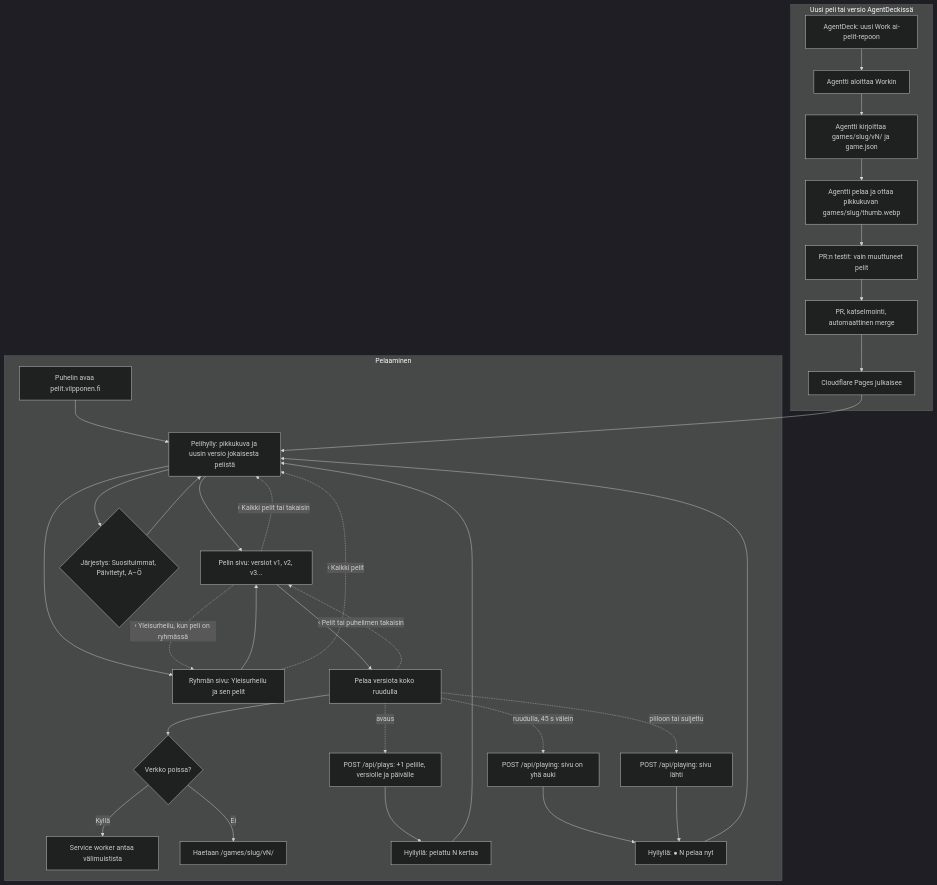
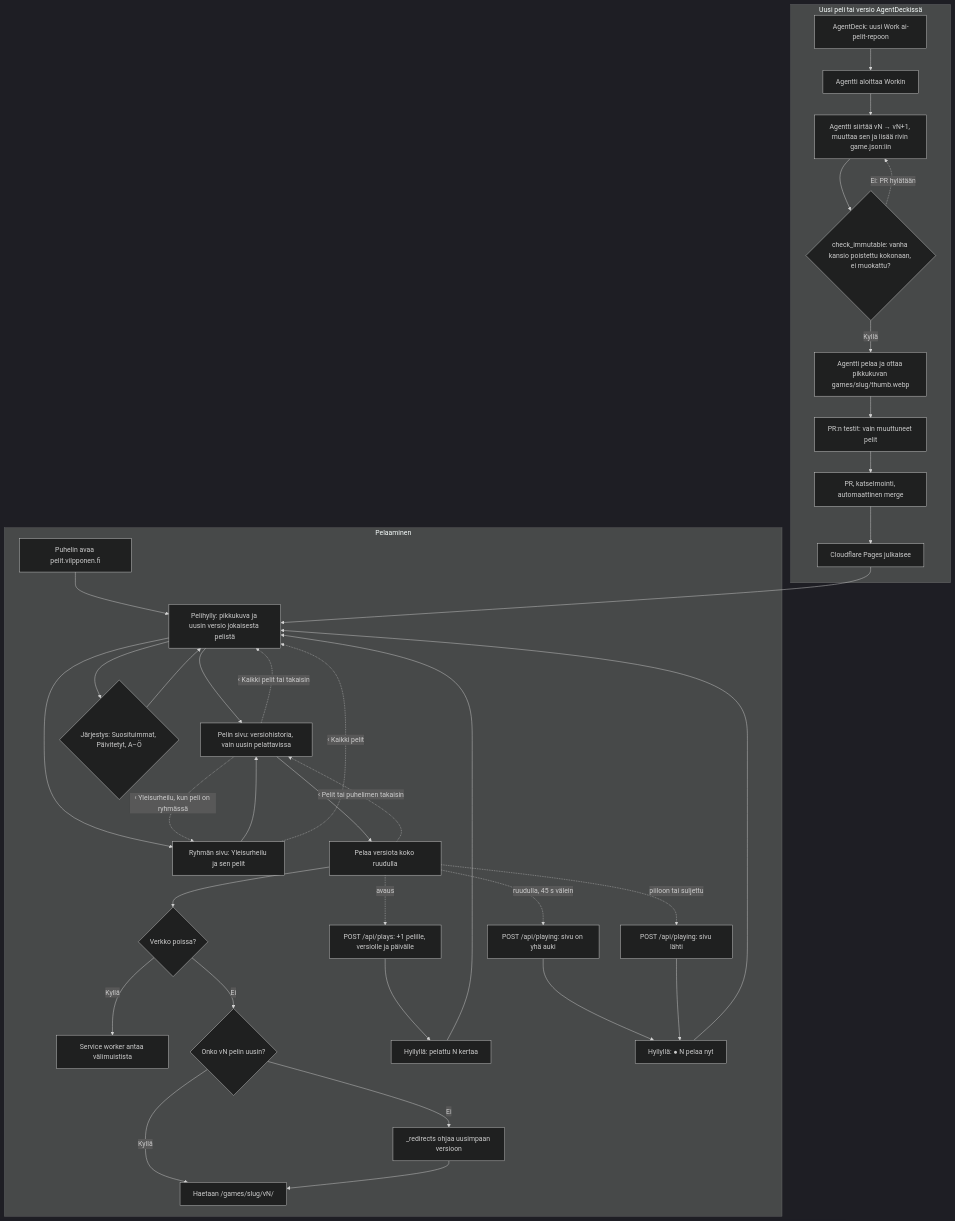
The diagram in docs/diagrams/ai-pelit.md (eerovil/ai-pelit), drawn with Mermaid (dark theme) before and after one commit. The commit also changed other lines of this file and 14 other files, not shown here.

````diff
--- a/docs/diagrams/ai-pelit.md
+++ b/docs/diagrams/ai-pelit.md
@@ -8,43 +8,49 @@
 ```mermaid
 flowchart TD
   subgraph Pelaaminen
     A[Puhelin avaa pelit.vilpponen.fi] --> B[Pelihylly: pikkukuva ja uusin versio jokaisesta pelistä]
-    B --> C[Pelin sivu: versiot v1, v2, v3...]
+    B --> C[Pelin sivu: versiohistoria, vain uusin pelattavissa]
     B --> J{Järjestys: Suosituimmat, Päivitetyt, A–Ö}
     J --> B
     B --> R[Ryhmän sivu: Yleisurheilu ja sen pelit]
     R --> C
     R -. ‹ Kaikki pelit .-> B
     C --> D[Pelaa versiota koko ruudulla]
     D -. ‹ Pelit tai puhelimen takaisin .-> C
     C -. ‹ Kaikki pelit tai takaisin .-> B
     C -. ‹ Yleisurheilu, kun peli on ryhmässä .-> R
     D --> E{Verkko poissa?}
     E -- Kyllä --> F[Service worker antaa välimuistista]
-    E -- Ei --> G[Haetaan /games/slug/vN/]
+    E -- Ei --> V{Onko vN pelin uusin?}
+    V -- Kyllä --> G[Haetaan /games/slug/vN/]
+    V -- Ei --> K[_redirects ohjaa uusimpaan versioon]
+    K --> G
     D -. avaus .-> P[POST /api/plays: +1 pelille, versiolle ja päivälle]
     P --> Q[Hyllyllä: pelattu N kertaa]
     Q --> B
     D -. ruudulla, 45 s välein .-> W[POST /api/playing: sivu on yhä auki]
     D -. piiloon tai suljettu .-> X[POST /api/playing: sivu lähti]
     W --> Y[Hyllyllä: ● N pelaa nyt]
     X --> Y
     Y --> B
   end
   subgraph Uusi peli tai versio AgentDeckissä
     H[AgentDeck: uusi Work ai-pelit-repoon] --> L[Agentti aloittaa Workin]
-    L --> M[Agentti kirjoittaa games/slug/vN/ ja game.json]
-    M --> T[Agentti pelaa ja ottaa pikkukuvan games/slug/thumb.webp]
+    L --> M[Agentti siirtää vN → vN+1, muuttaa sen ja lisää rivin game.json:iin]
+    M --> I{check_immutable: vanha kansio poistettu kokonaan, ei muokattu?}
+    I -- Kyllä --> T
+    I -. Ei: PR hylätään .-> M
+    T[Agentti pelaa ja ottaa pikkukuvan games/slug/thumb.webp]
     T --> U[PR:n testit: vain muuttuneet pelit]
     U --> N[PR, katselmointi, automaattinen merge]
     N --> O[Cloudflare Pages julkaisee]
     O --> B
   end
   class A,B,C,D,Q,R,Y blue
-  class E,J amber
-  class F,G,P,W,X teal
+  class E,J,V,I amber
+  class F,G,K,P,W,X teal
   class H violet
   class L,M,T,N rose
   class U amber
   class O green
 ```
````
